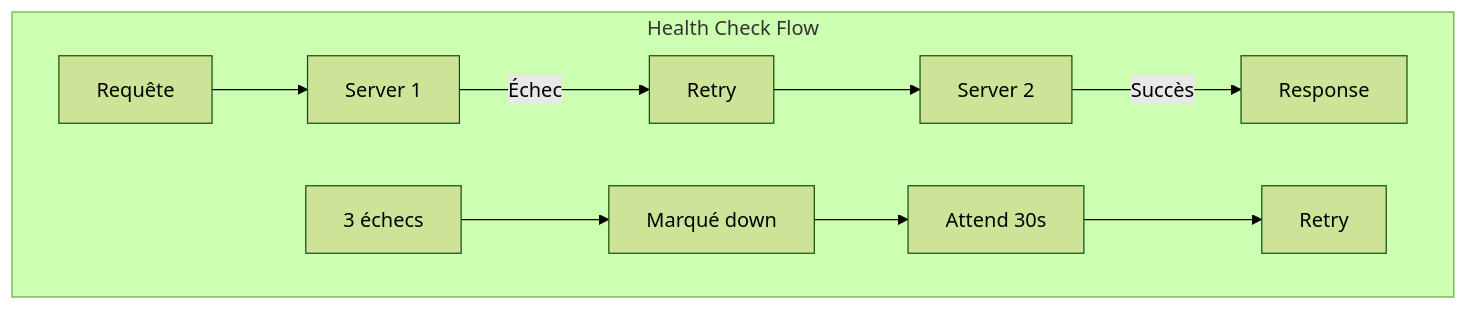
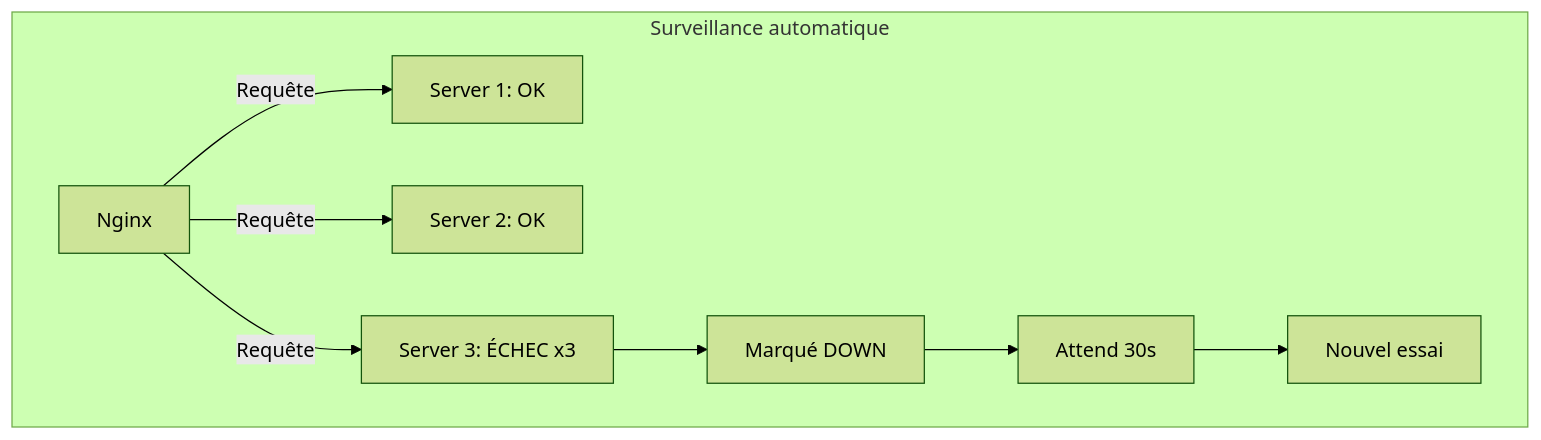
Before and after one commit to haythem-rehouma/deploiement-de-solutions-de-donnees: the fourth of 8 diagrams in 04-docker-swarm-nginx/10-nginx-load-balancer-securite.md, drawn with Mermaid (forest theme). The commit also changed other lines of this file and 9 other files, not shown here.

````diff
--- a/04-docker-swarm-nginx/10-nginx-load-balancer-securite.md
+++ b/04-docker-swarm-nginx/10-nginx-load-balancer-securite.md
@@ -209,13 +246,12 @@
 ```mermaid
 graph TB
-    subgraph "Health Check Flow"
-        REQ[Requête] --> S1[Server 1]
-        S1 -->|Échec| RETRY[Retry]
-        RETRY --> S2[Server 2]
-        S2 -->|Succès| RESP[Response]
+    subgraph "Surveillance automatique"
+        N[Nginx] -->|Requête| S1[Server 1: OK]
+        N -->|Requête| S2[Server 2: OK]
+        N -->|Requête| S3[Server 3: ÉCHEC x3]
         
-        FAIL[3 échecs] --> MARK[Marqué down]
-        MARK --> WAIT[Attend 30s]
-        WAIT --> RETRY2[Retry]
+        S3 --> DOWN[Marqué DOWN]
+        DOWN --> WAIT[Attend 30s]
+        WAIT --> RETRY[Nouvel essai]
     end
 ```
````
